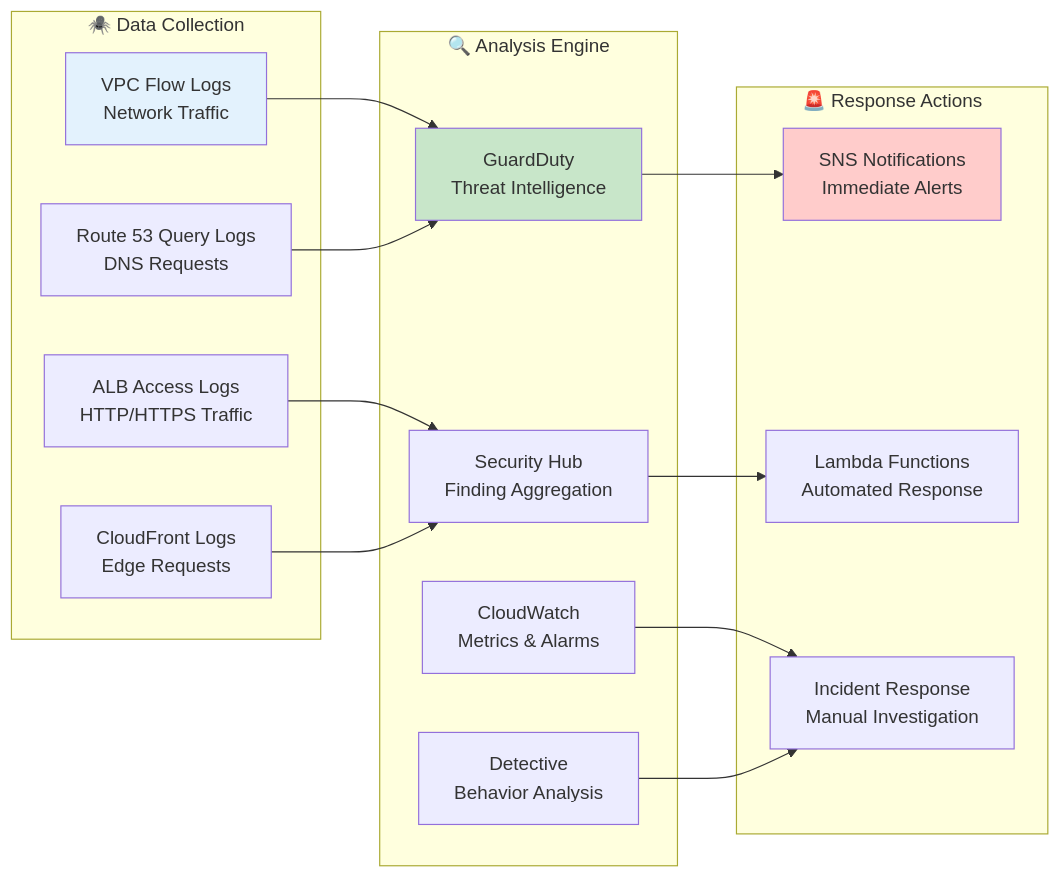
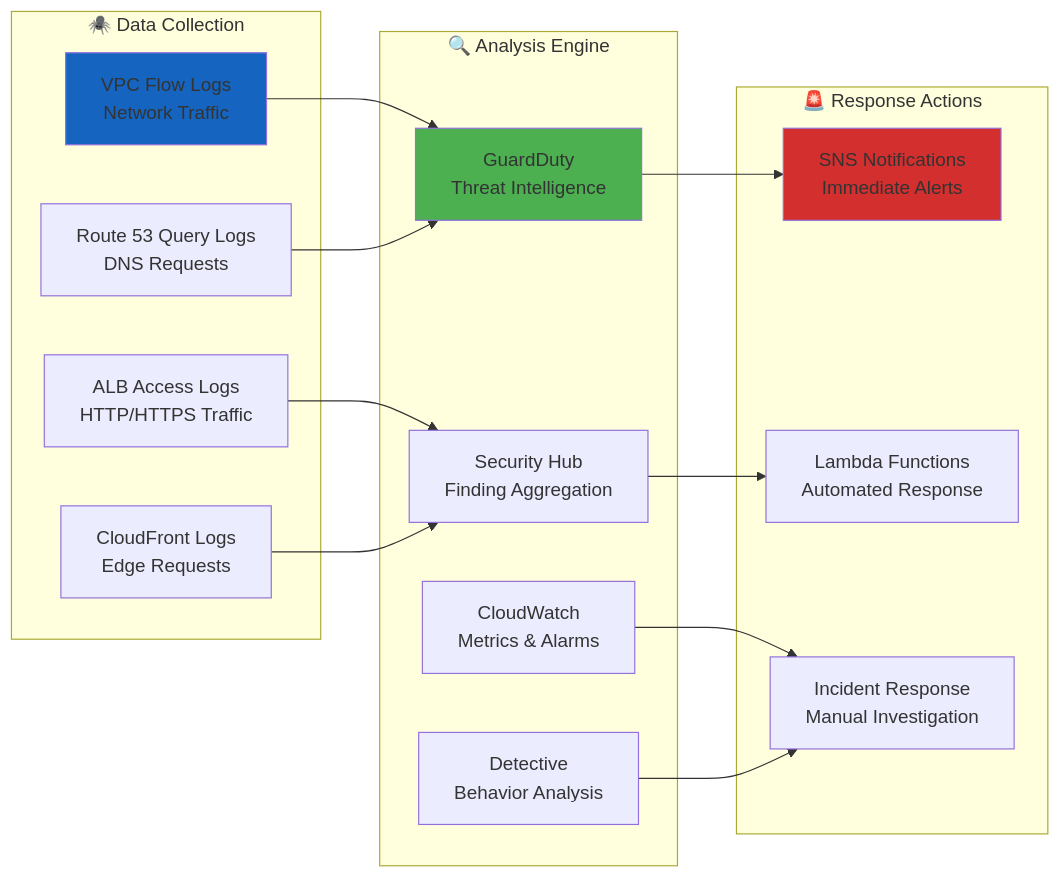
The sixth of 7 diagrams in Network_Security_Policy.md (Hack23/ISMS-PUBLIC), drawn with Mermaid before and after one commit. The commit also changed other lines of this file and 35 other files, not shown here.

````diff
--- a/Network_Security_Policy.md
+++ b/Network_Security_Policy.md
@@ -466,36 +466,36 @@
 ```mermaid
 flowchart LR
     subgraph "🕷️ Data Collection"
         VPC[VPC Flow Logs<br/>Network Traffic]
         DNS[Route 53 Query Logs<br/>DNS Requests]
         ALB[ALB Access Logs<br/>HTTP/HTTPS Traffic]
         CF[CloudFront Logs<br/>Edge Requests]
     end
     
     subgraph "🔍 Analysis Engine"
         GD[GuardDuty<br/>Threat Intelligence]
         SH[Security Hub<br/>Finding Aggregation]
         CW[CloudWatch<br/>Metrics & Alarms]
         DT[Detective<br/>Behavior Analysis]
     end
     
     subgraph "🚨 Response Actions"
         SNS[SNS Notifications<br/>Immediate Alerts]
         LAMBDA[Lambda Functions<br/>Automated Response]
         IRP[Incident Response<br/>Manual Investigation]
     end
     
     VPC --> GD
     DNS --> GD
     ALB --> SH
     CF --> SH
     
     GD --> SNS
     SH --> LAMBDA
     CW --> IRP
     DT --> IRP
     
-    style VPC fill:#e3f2fd
-    style GD fill:#c8e6c9
-    style SNS fill:#ffcccb
+    style VPC fill:#1565C0
+    style GD fill:#4CAF50
+    style SNS fill:#D32F2F
 ```
````
